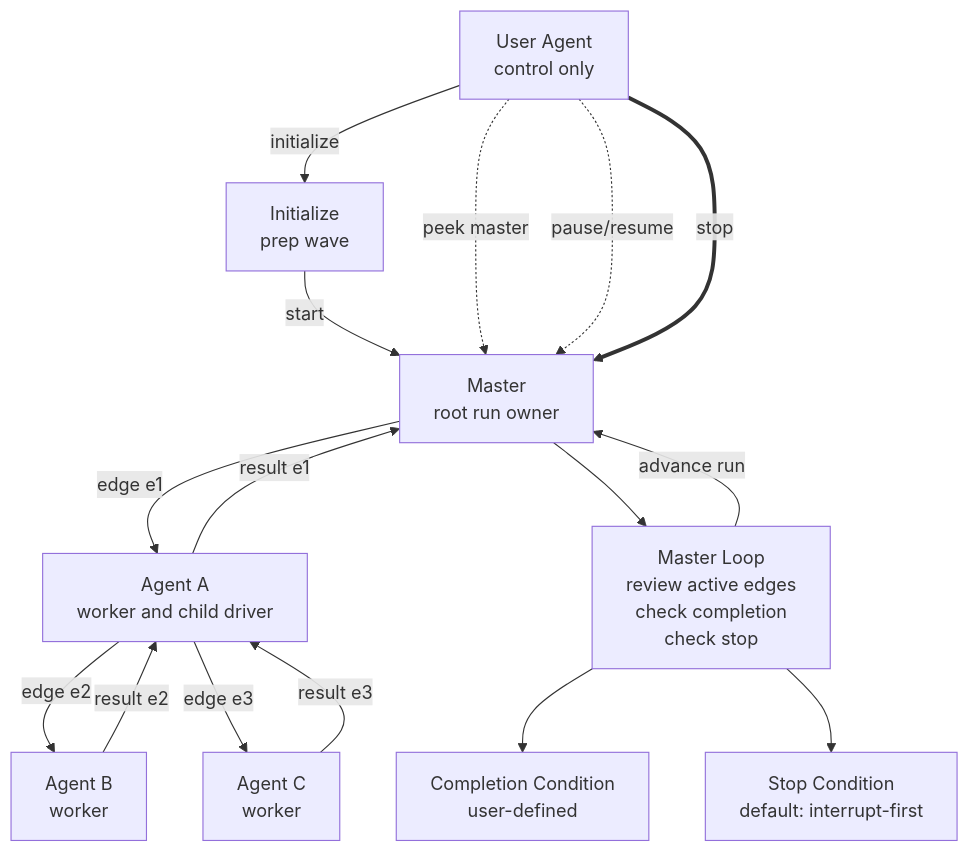
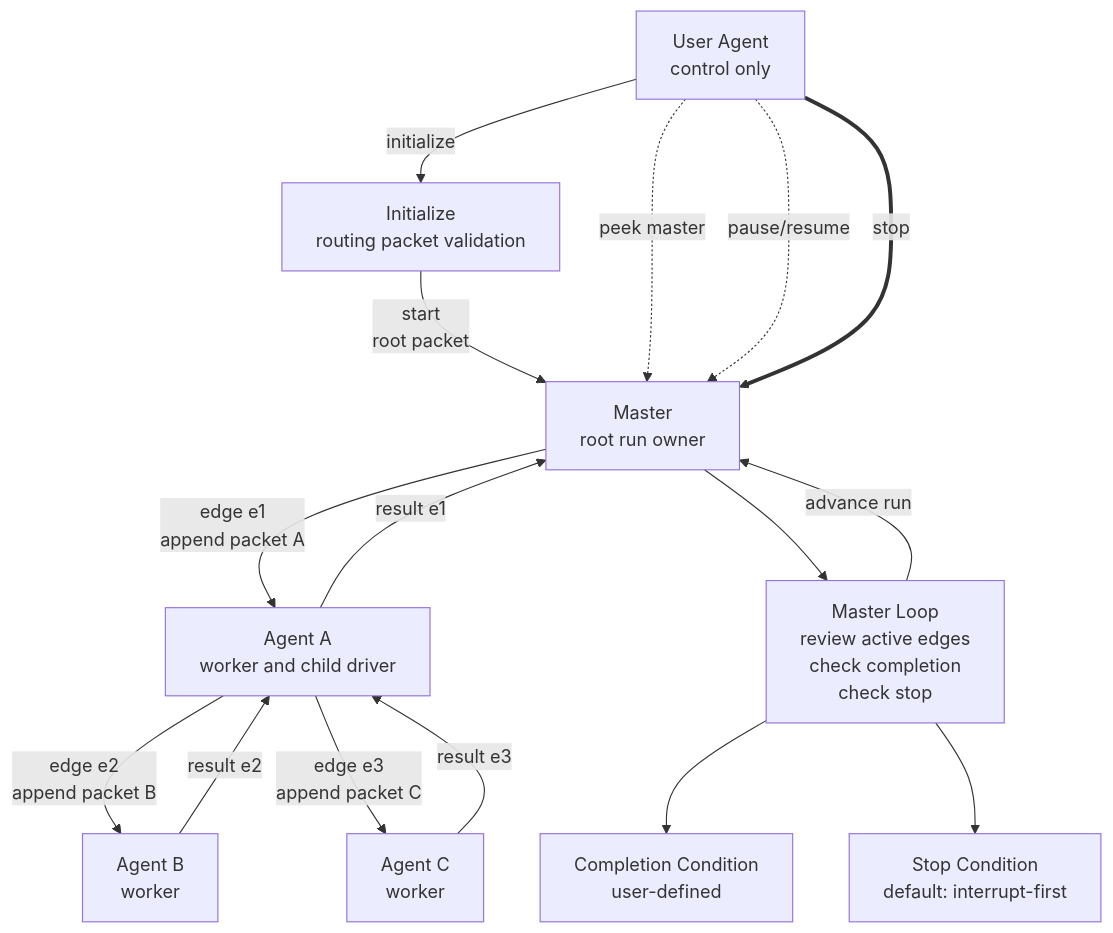
One commit to igamenovoer/houmao changed the diagram in src/houmao/agents/assets/system_skills/houmao-agent-loop-pairwise-v2/authoring/render-loop-graph.md. Above: the diagram before and after it, drawn with Mermaid. The commit also changed other lines of this file and 37 other files, not shown here.

Commit message:
feat: add internals graph tools

````diff
--- a/src/houmao/agents/assets/system_skills/houmao-agent-loop-pairwise-v2/authoring/render-loop-graph.md
+++ b/src/houmao/agents/assets/system_skills/houmao-agent-loop-pairwise-v2/authoring/render-loop-graph.md
@@ -29,33 +30,33 @@
 ```mermaid
 flowchart TD
     UA[User Agent<br/>control only]
     M[Master<br/>root run owner]
     ML[Master Loop<br/>review active edges<br/>check completion<br/>check stop]
     A[Agent A<br/>worker and child driver]
     B[Agent B<br/>worker]
     C[Agent C<br/>worker]
     Done[Completion Condition<br/>user-defined]
     Stop[Stop Condition<br/>default: interrupt-first]
 
-    Prep[Initialize<br/>prep wave]
+    Prep[Initialize<br/>routing packet validation]
 
     UA -->|initialize| Prep
-    Prep -->|start| M
+    Prep -->|start<br/>root packet| M
     UA -.->|peek master| M
     UA -.->|pause/resume| M
     UA ==> |stop| M
 
-    M -->|edge e1| A
+    M -->|edge e1<br/>append packet A| A
     A -->|result e1| M
 
-    A -->|edge e2| B
+    A -->|edge e2<br/>append packet B| B
     B -->|result e2| A
 
-    A -->|edge e3| C
+    A -->|edge e3<br/>append packet C| C
     C -->|result e3| A
 
     M --> ML
     ML --> Done
     ML --> Stop
     ML -->|advance run| M
 ```
````
